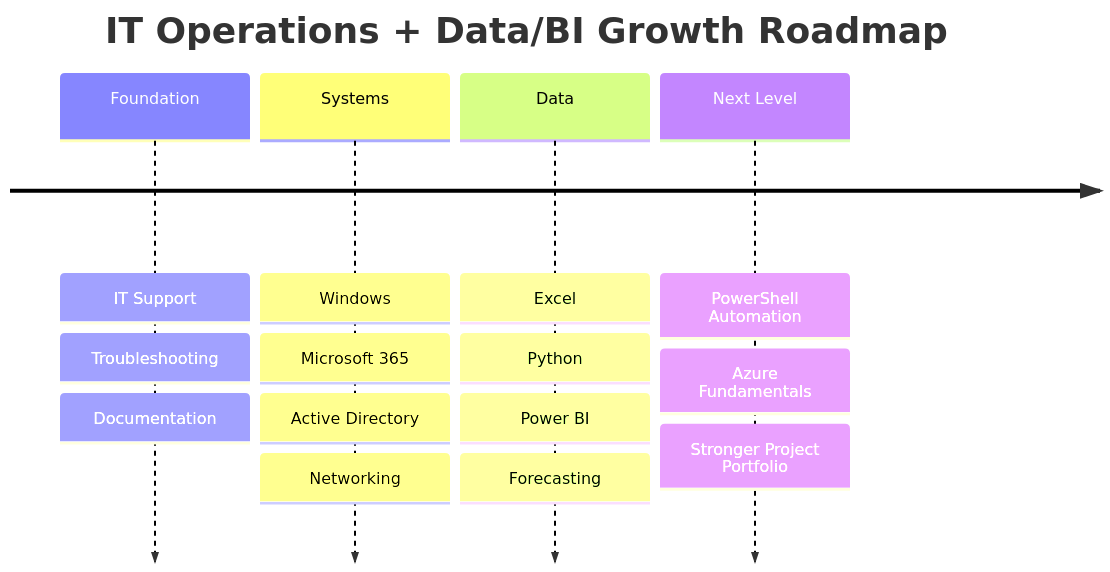
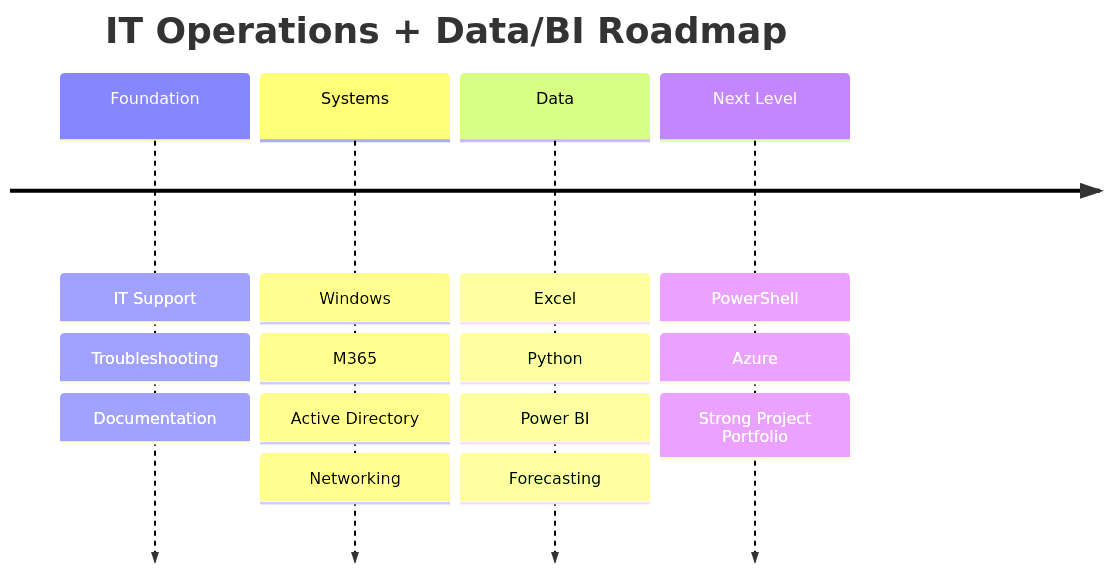
One commit to hany69x/hany69x changed the third of 3 diagrams in README.md. Above: the diagram before and after it, drawn with Mermaid. The commit also changed other lines of this file, not shown here.

````diff
--- a/README.md
+++ b/README.md
@@ -446,8 +376,8 @@
 ```mermaid
 timeline
-    title IT Operations + Data/BI Growth Roadmap
+    title IT Operations + Data/BI Roadmap
     Foundation : IT Support : Troubleshooting : Documentation
-    Systems : Windows : Microsoft 365 : Active Directory : Networking
+    Systems : Windows : M365 : Active Directory : Networking
     Data : Excel : Python : Power BI : Forecasting
-    Next Level : PowerShell Automation : Azure Fundamentals : Stronger Project Portfolio
+    Next Level : PowerShell : Azure : Strong Project Portfolio
 ```
````
